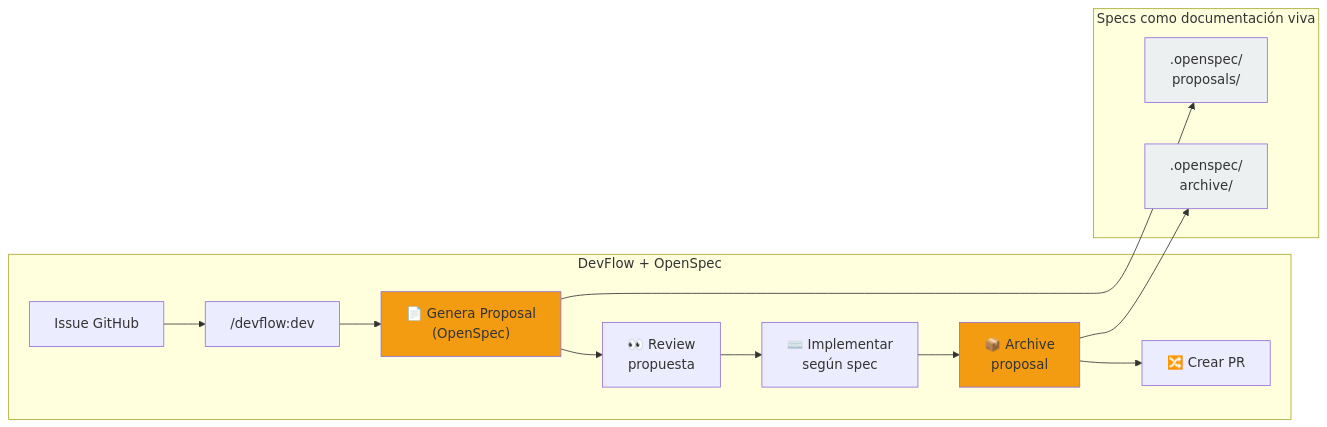
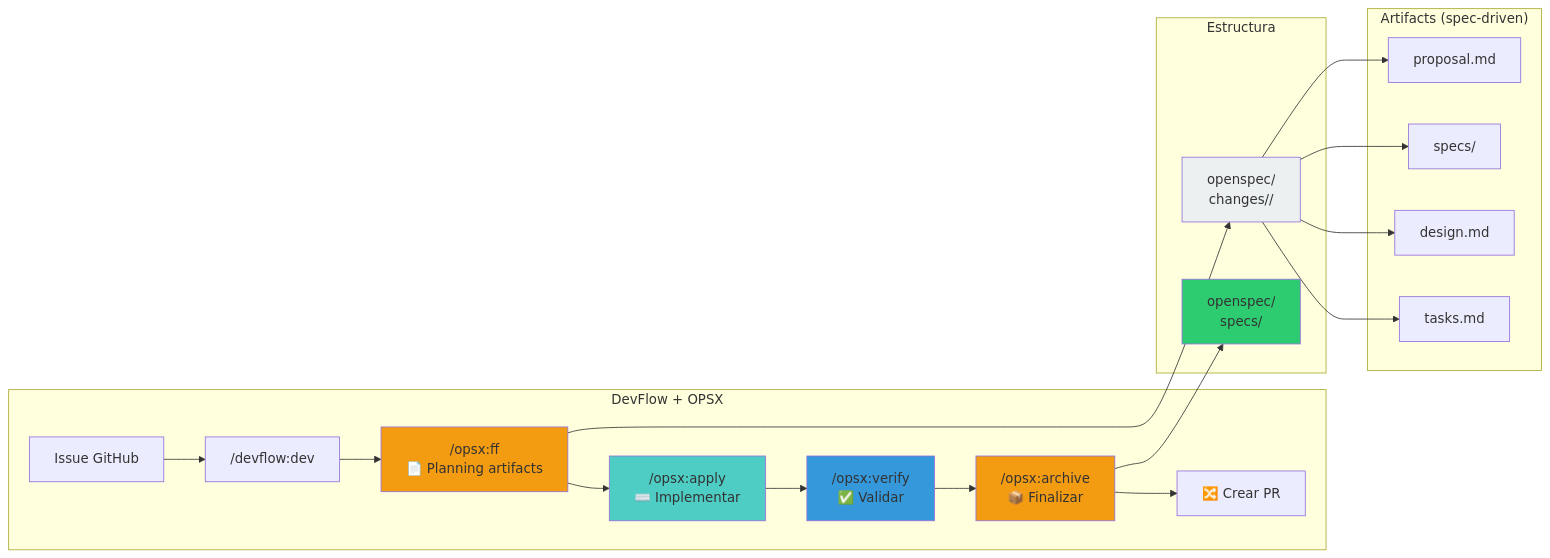
The sixth of 7 diagrams in diagrams-devflow.md (docutray/docutray-claude-code-plugins), drawn with Mermaid before and after one commit. The commit also changed other lines of this file and 8 other files, not shown here.

First line of the commit message:
feat(devflow): migrate from legacy OpenSpec to OPSX fluid workflow

````diff
--- a/diagrams-devflow.md
+++ b/diagrams-devflow.md
@@ -135,24 +135,37 @@
 ```mermaid
 flowchart LR
-    subgraph "DevFlow + OpenSpec"
+    subgraph "DevFlow + OPSX"
         A[Issue GitHub] --> B["/devflow:dev"]
-        B --> C["📄 Genera Proposal<br/>(OpenSpec)"]
-        C --> D["👀 Review<br/>propuesta"]
-        D --> E["⌨️ Implementar<br/>según spec"]
-        E --> F["📦 Archive<br/>proposal"]
+        B --> C["/opsx:ff<br/>📄 Planning artifacts"]
+        C --> D["/opsx:apply<br/>⌨️ Implementar"]
+        D --> E["/opsx:verify<br/>✅ Validar"]
+        E --> F["/opsx:archive<br/>📦 Finalizar"]
         F --> G["🔀 Crear PR"]
     end
 
-    subgraph "Specs como documentación viva"
-        H[".openspec/<br/>proposals/"]
-        I[".openspec/<br/>archive/"]
+    subgraph "Artifacts (spec-driven)"
+        H["proposal.md"]
+        I["specs/"]
+        J["design.md"]
+        K["tasks.md"]
     end
 
-    C --> H
-    F --> I
+    subgraph "Estructura"
+        L["openspec/<br/>changes/<change>/"]
+        M["openspec/<br/>specs/"]
+    end
+
+    C --> L
+    L --> H
+    L --> I
+    L --> J
+    L --> K
+    F --> M
 
     style C fill:#f39c12
+    style D fill:#4ecdc4
+    style E fill:#3498db
     style F fill:#f39c12
-    style H fill:#ecf0f1
-    style I fill:#ecf0f1
+    style L fill:#ecf0f1
+    style M fill:#2ecc71
 ```
````
